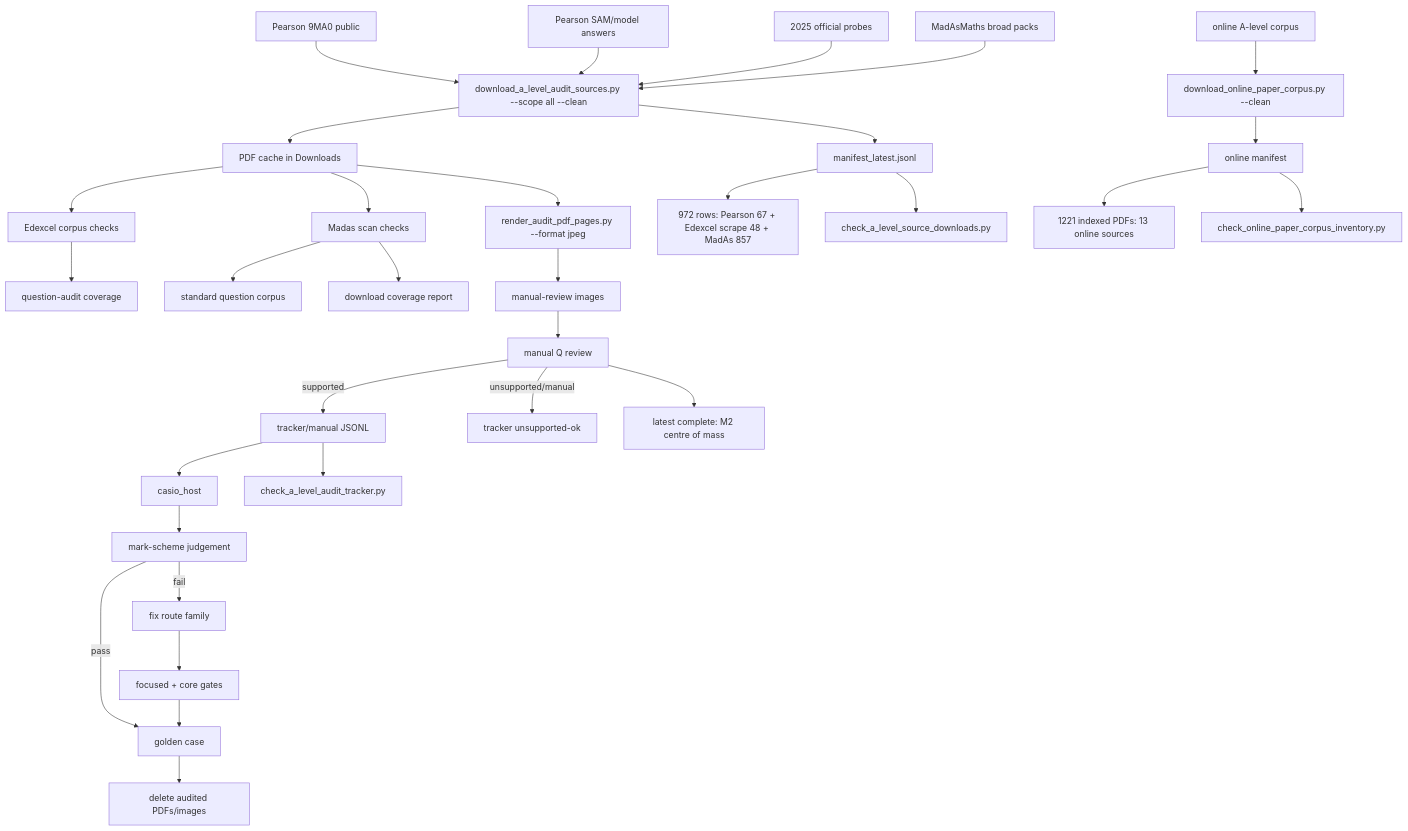
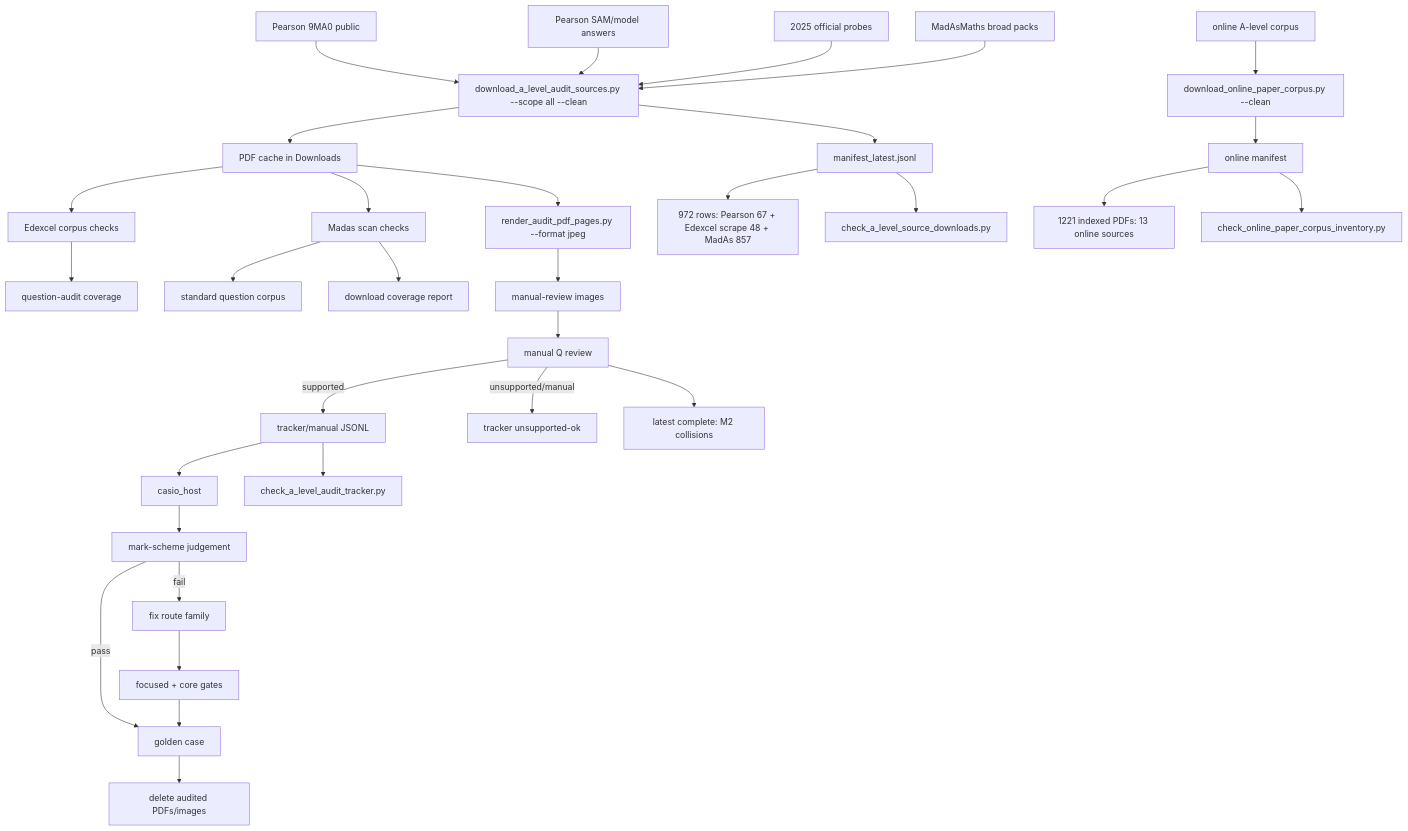
Before and after one commit to james8464/notes-addin-casio-fx-cg50: the diagram in c++/tools/golden/a_level_audit_graph.md, drawn with Mermaid. The commit also changed other lines of this file and 2 other files, not shown here.

Commit message:
Audit M2 collisions booklet

````diff
--- a/c++/tools/golden/a_level_audit_graph.md
+++ b/c++/tools/golden/a_level_audit_graph.md
@@ -3,34 +3,34 @@
 ```mermaid
 graph TD
   E1["Pearson 9MA0 public"] --> D["download_a_level_audit_sources.py --scope all --clean"]
   E2["Pearson SAM/model answers"] --> D
   E3["2025 official probes"] --> D
   M1["MadAsMaths broad packs"] --> D
   O1["online A-level corpus"] --> OD["download_online_paper_corpus.py --clean"]
   D --> P["PDF cache in Downloads"]
   D --> X["manifest_latest.jsonl"]
   OD --> OX["online manifest"]
   X --> XC["972 rows: Pearson 67 + Edexcel scrape 48 + MadAs 857"]
   OX --> OC["1221 indexed PDFs: 13 online sources"]
   X --> V["check_a_level_source_downloads.py"]
   OX --> OV["check_online_paper_corpus_inventory.py"]
   P --> E["Edexcel corpus checks"]
   E --> EQ["question-audit coverage"]
   P --> S["Madas scan checks"]
   S --> M["standard question corpus"]
   S --> MC["download coverage report"]
   P --> R["render_audit_pdf_pages.py --format jpeg"]
   R --> I["manual-review images"]
   I --> Q["manual Q review"]
   Q -->|supported| J["tracker/manual JSONL"]
   Q -->|unsupported/manual| U["tracker unsupported-ok"]
   J --> H["casio_host"]
   J --> K["check_a_level_audit_tracker.py"]
   H --> C["mark-scheme judgement"]
   C -->|pass| G["golden case"]
   C -->|fail| F["fix route family"]
   F --> T["focused + core gates"]
   T --> G
   G --> Z["delete audited PDFs/images"]
-  Q --> Qt["latest complete: M2 centre of mass"]
+  Q --> Qt["latest complete: M2 collisions"]
 ```
````
